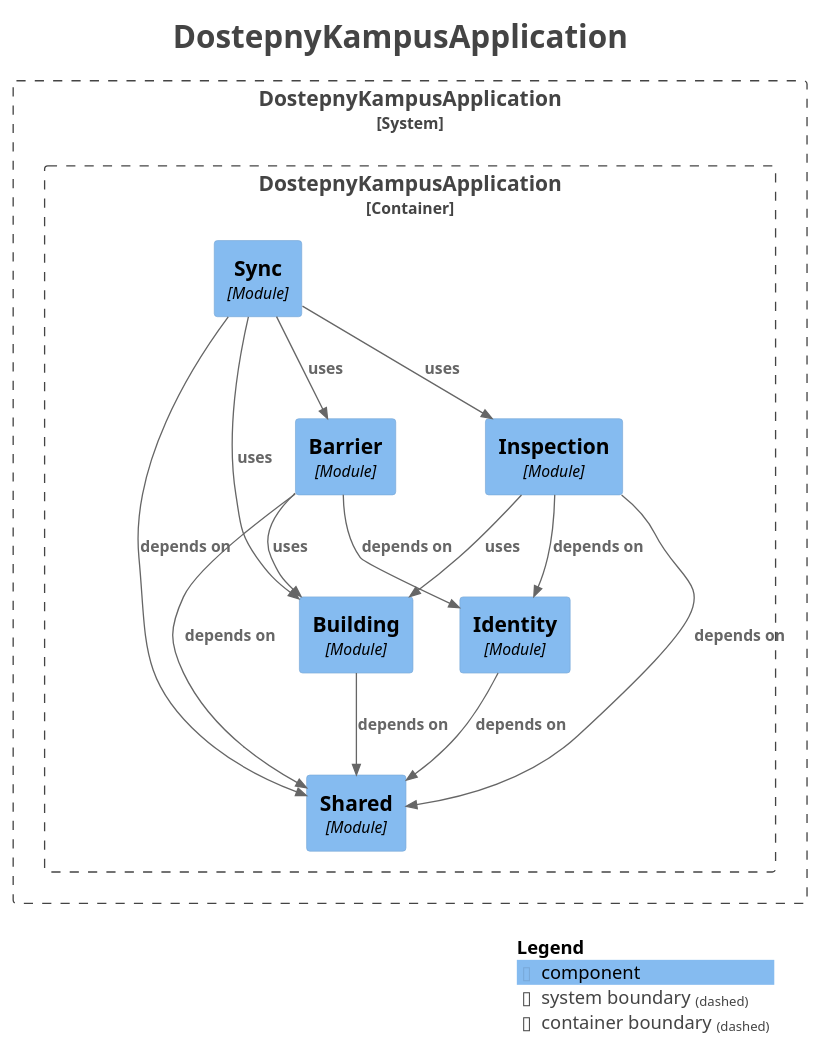
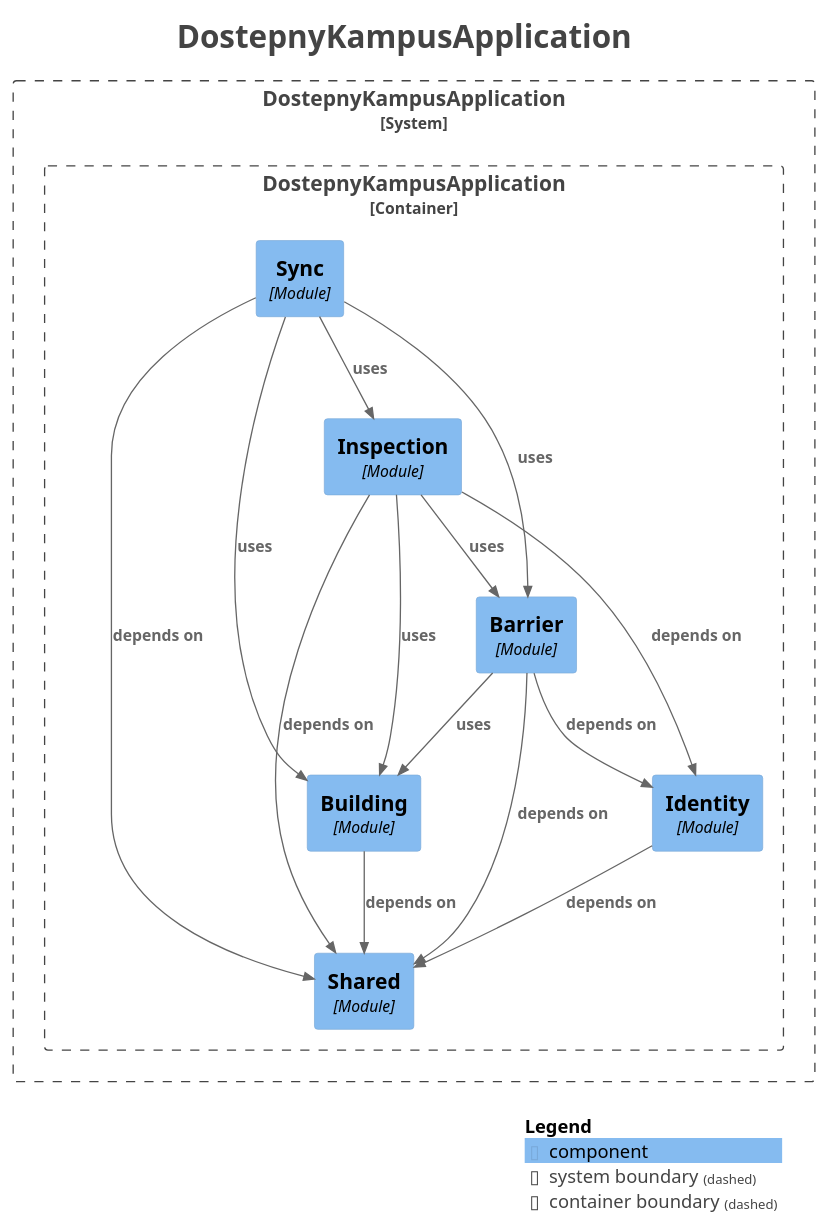
Before and after one commit to dostepny-kampus/dostepny-kampus: the diagram in docs/docs/architektura/moduly-serwera.iuml, drawn with PlantUML. The commit also changed 1 other file, not shown here.

```diff
--- a/docs/docs/architektura/moduly-serwera.iuml
+++ b/docs/docs/architektura/moduly-serwera.iuml
@@ -1,45 +1,46 @@
 @startuml
 title <size:24>DostepnyKampusApplication</size>
 
 set separator none
 top to bottom direction
 
 <style>
   root {
     BackgroundColor: #ffffff
     FontColor: #444444
   }
 </style>
 
 !include <C4/C4>
 !include <C4/C4_Context>
 !include <C4/C4_Component>
 
 System_Boundary("DostepnyKampusApplication_boundary", "DostepnyKampusApplication", $tags="") {
   Container_Boundary("DostepnyKampusApplication.DostepnyKampusApplication_boundary", "DostepnyKampusApplication", $tags="") {
     Component(DostepnyKampusApplication.DostepnyKampusApplication.Shared, "Shared", $techn="Module", $descr="", $tags="", $link="")
     Component(DostepnyKampusApplication.DostepnyKampusApplication.Building, "Building", $techn="Module", $descr="", $tags="", $link="")
     Component(DostepnyKampusApplication.DostepnyKampusApplication.Barrier, "Barrier", $techn="Module", $descr="", $tags="", $link="")
     Component(DostepnyKampusApplication.DostepnyKampusApplication.Identity, "Identity", $techn="Module", $descr="", $tags="", $link="")
     Component(DostepnyKampusApplication.DostepnyKampusApplication.Inspection, "Inspection", $techn="Module", $descr="", $tags="", $link="")
     Component(DostepnyKampusApplication.DostepnyKampusApplication.Sync, "Sync", $techn="Module", $descr="", $tags="", $link="")
   }
 
 }
 
 Rel(DostepnyKampusApplication.DostepnyKampusApplication.Building, DostepnyKampusApplication.DostepnyKampusApplication.Shared, "depends on", $techn="", $tags="", $link="")
 Rel(DostepnyKampusApplication.DostepnyKampusApplication.Barrier, DostepnyKampusApplication.DostepnyKampusApplication.Shared, "depends on", $techn="", $tags="", $link="")
 Rel(DostepnyKampusApplication.DostepnyKampusApplication.Barrier, DostepnyKampusApplication.DostepnyKampusApplication.Building, "uses", $techn="", $tags="", $link="")
 Rel(DostepnyKampusApplication.DostepnyKampusApplication.Barrier, DostepnyKampusApplication.DostepnyKampusApplication.Identity, "depends on", $techn="", $tags="", $link="")
 Rel(DostepnyKampusApplication.DostepnyKampusApplication.Identity, DostepnyKampusApplication.DostepnyKampusApplication.Shared, "depends on", $techn="", $tags="", $link="")
 Rel(DostepnyKampusApplication.DostepnyKampusApplication.Inspection, DostepnyKampusApplication.DostepnyKampusApplication.Shared, "depends on", $techn="", $tags="", $link="")
 Rel(DostepnyKampusApplication.DostepnyKampusApplication.Inspection, DostepnyKampusApplication.DostepnyKampusApplication.Building, "uses", $techn="", $tags="", $link="")
+Rel(DostepnyKampusApplication.DostepnyKampusApplication.Inspection, DostepnyKampusApplication.DostepnyKampusApplication.Barrier, "uses", $techn="", $tags="", $link="")
 Rel(DostepnyKampusApplication.DostepnyKampusApplication.Sync, DostepnyKampusApplication.DostepnyKampusApplication.Shared, "depends on", $techn="", $tags="", $link="")
 Rel(DostepnyKampusApplication.DostepnyKampusApplication.Sync, DostepnyKampusApplication.DostepnyKampusApplication.Barrier, "uses", $techn="", $tags="", $link="")
 Rel(DostepnyKampusApplication.DostepnyKampusApplication.Sync, DostepnyKampusApplication.DostepnyKampusApplication.Building, "uses", $techn="", $tags="", $link="")
 Rel(DostepnyKampusApplication.DostepnyKampusApplication.Sync, DostepnyKampusApplication.DostepnyKampusApplication.Inspection, "uses", $techn="", $tags="", $link="")
 Rel(DostepnyKampusApplication.DostepnyKampusApplication.Inspection, DostepnyKampusApplication.DostepnyKampusApplication.Identity, "depends on", $techn="", $tags="", $link="")
 
 SHOW_LEGEND(true)
 hide stereotypes
 @enduml
```
